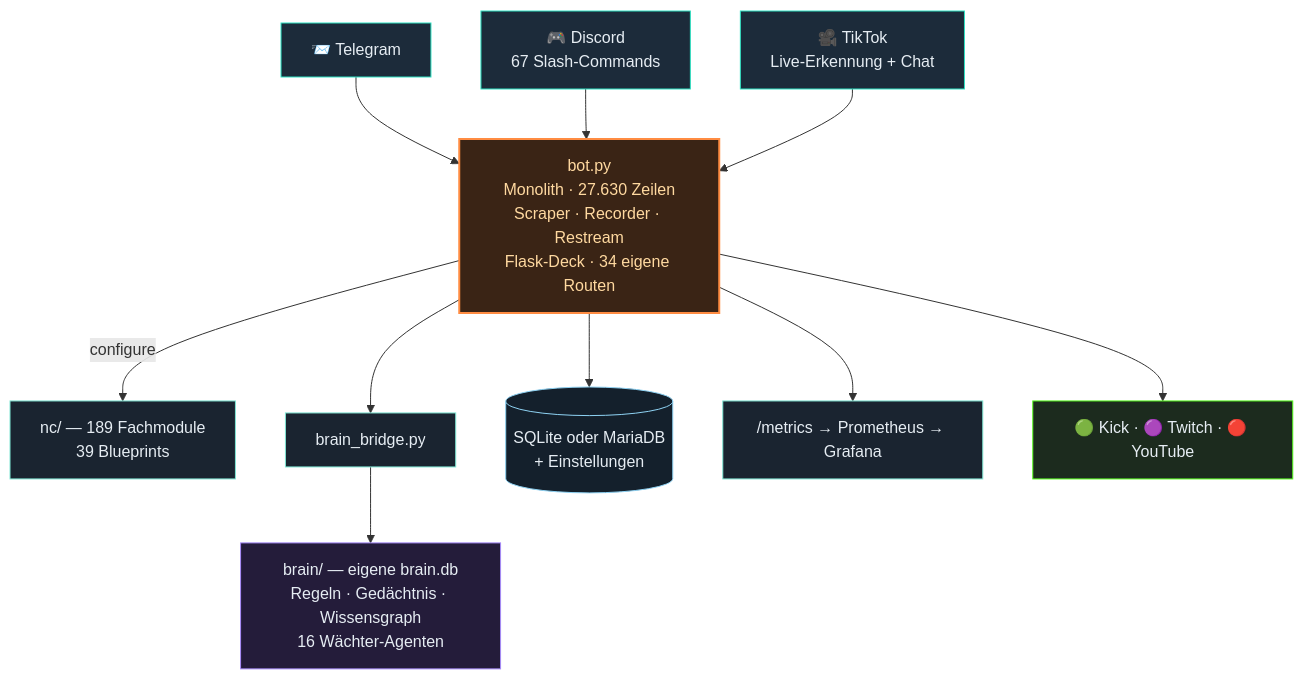
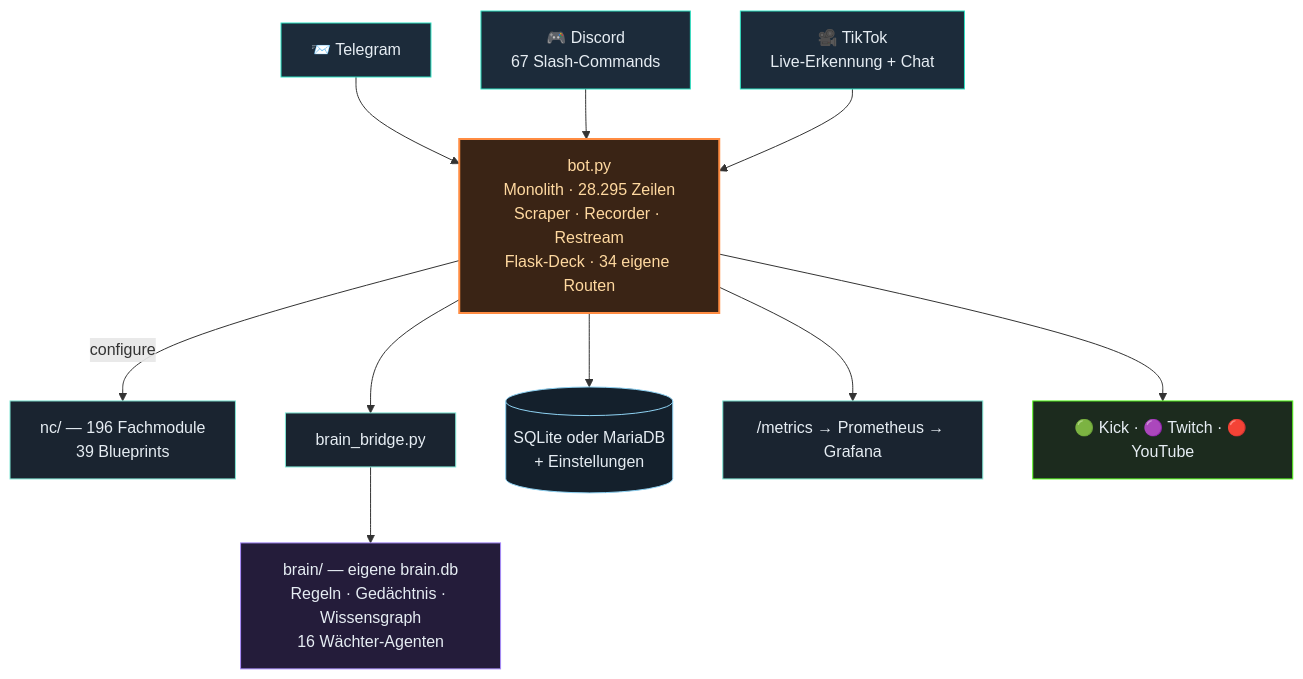
The second of 3 diagrams in README.md (itsamemedev/Telegram-Stream-Info-Bot), drawn with Mermaid before and after one commit. The commit also changed other lines of this file and 8 other files, not shown here.

````diff
--- a/README.md
+++ b/README.md
@@ -118,19 +118,19 @@
 ```mermaid
 flowchart TB
     TG["📨 Telegram"]:::ein --> BOT
     DC["🎮 Discord<br/>67 Slash-Commands"]:::ein --> BOT
     TT["🎥 TikTok<br/>Live-Erkennung + Chat"]:::ein --> BOT
-    BOT["bot.py<br/>Monolith · 27.630 Zeilen<br/>Scraper · Recorder · Restream<br/>Flask-Deck · 34 eigene Routen"]:::core
-    BOT -->|configure| NC["nc/ — 189 Fachmodule<br/>39 Blueprints"]:::lib
+    BOT["bot.py<br/>Monolith · 28.295 Zeilen<br/>Scraper · Recorder · Restream<br/>Flask-Deck · 34 eigene Routen"]:::core
+    BOT -->|configure| NC["nc/ — 196 Fachmodule<br/>39 Blueprints"]:::lib
     BOT --> BR["brain_bridge.py"]:::lib
     BR --> BRAIN["brain/ — eigene brain.db<br/>Regeln · Gedächtnis · Wissensgraph<br/>16 Wächter-Agenten"]:::brain
     BOT --> DB[("SQLite oder MariaDB<br/>+ Einstellungen")]:::db
     BOT --> PROM["/metrics → Prometheus → Grafana"]:::lib
     BOT --> OUT["🟢 Kick · 🟣 Twitch · 🔴 YouTube"]:::out
     classDef ein fill:#1c2b3a,stroke:#2de1c2,color:#e6edf3
     classDef core fill:#3a2415,stroke:#ff8c42,stroke-width:2px,color:#ffd9a0
     classDef lib fill:#1a2430,stroke:#7fe7d4,color:#e6edf3
     classDef brain fill:#241c3a,stroke:#a78bfa,color:#e6edf3
     classDef db fill:#14202c,stroke:#8fd3f4,color:#e6edf3
     classDef out fill:#1c2b1e,stroke:#53fc18,color:#e6edf3
 ```
````
